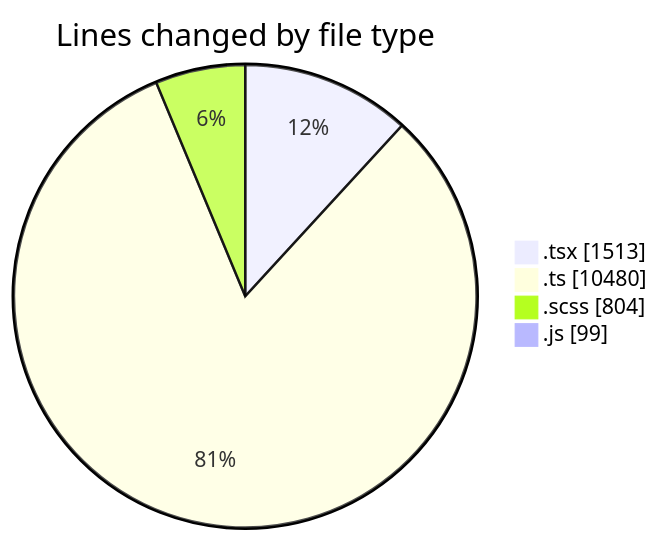
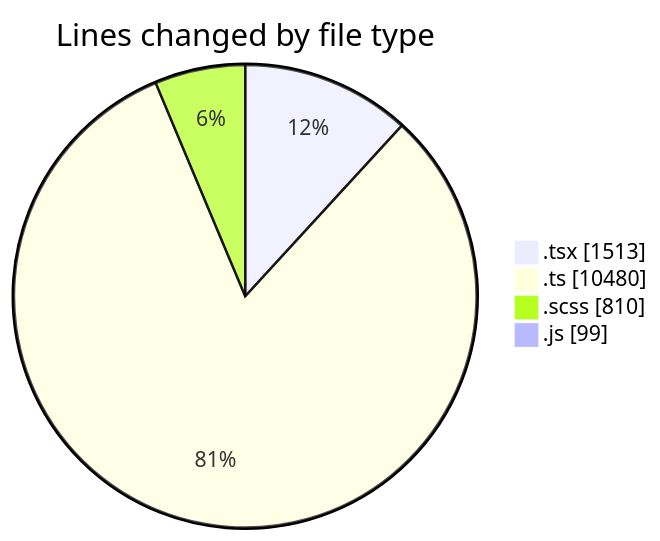
One commit to momahboobian/code-tracking changed the first of 2 diagrams in 2025-03-26/cda/README.md. Above: the diagram before and after it, drawn with Mermaid. The commit also changed other lines of this file and 1 other file, not shown here.

````diff
--- a/2025-03-26/cda/README.md
+++ b/2025-03-26/cda/README.md
@@ -44,8 +44,8 @@
 ```mermaid
 pie showData
 title Lines changed by file type
 ".tsx" : 1513
 ".ts" : 10480
-".scss" : 804
+".scss" : 810
 ".js" : 99
 ```
````
